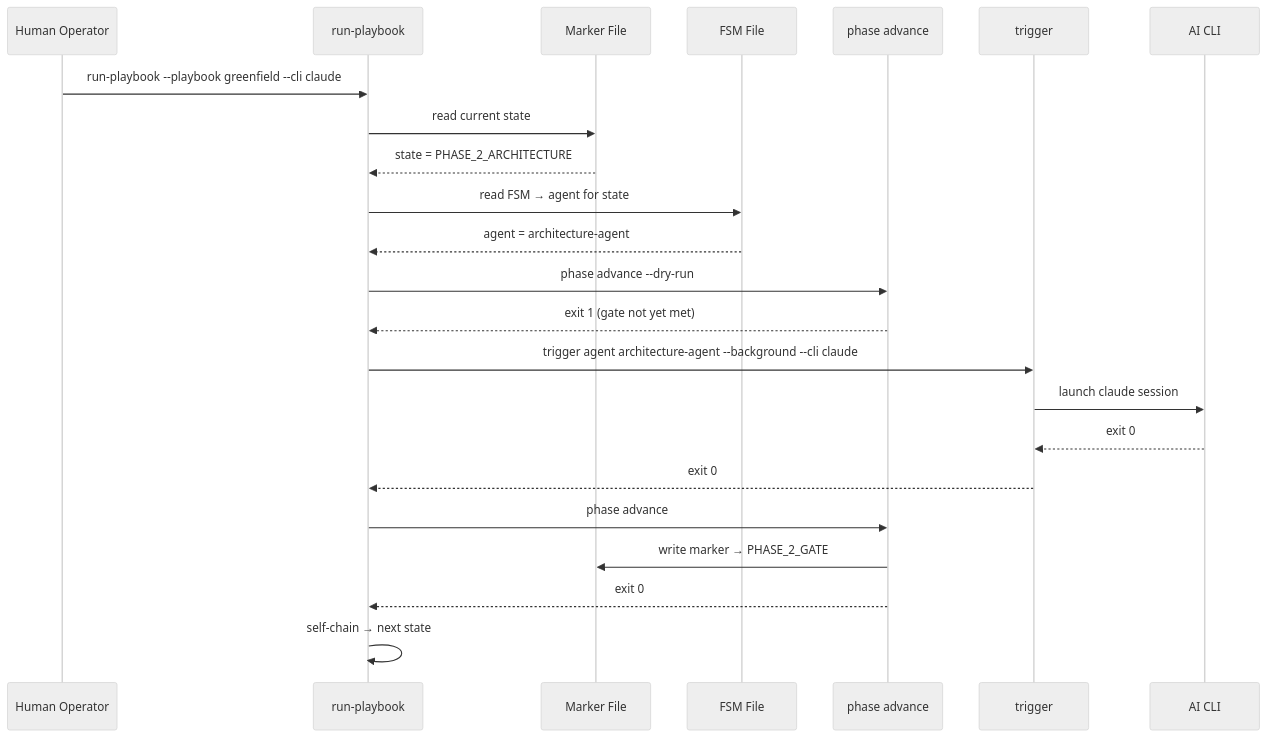
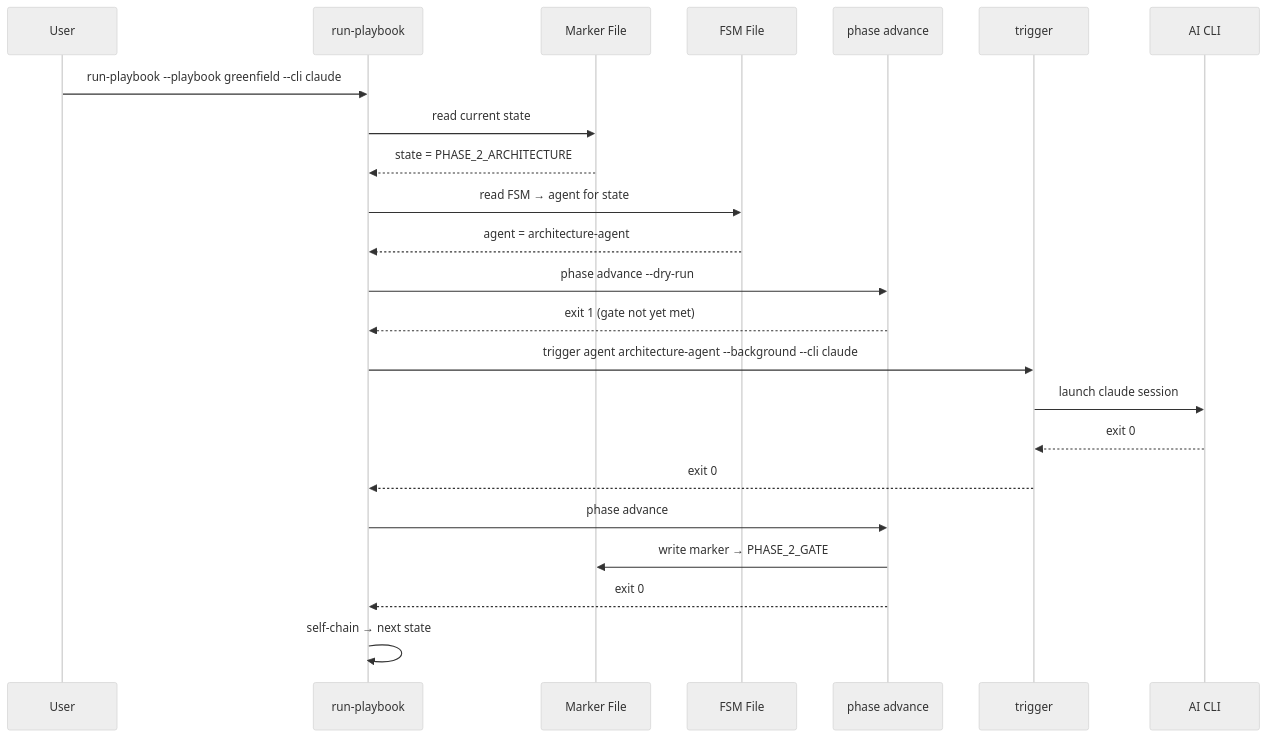
One commit to matthiasdaues/agent_factory changed the first of 4 diagrams in packages/orchestrator/docs/06_runtime_view.md. Above: the diagram before and after it, drawn with Mermaid (neutral theme). The commit also changed other lines of this file and 126 other files, not shown here.

First line of the commit message:
docs: switch "operator" wording for "user"

````diff
--- a/packages/orchestrator/docs/06_runtime_view.md
+++ b/packages/orchestrator/docs/06_runtime_view.md
@@ -5,26 +5,26 @@
 ```mermaid
 sequenceDiagram
-    participant H as Human Operator
+    participant H as User
     participant O as run-playbook
     participant M as Marker File
     participant F as FSM File
     participant PA as phase advance
     participant TR as trigger
     participant CLI as AI CLI
 
     H->>O: run-playbook --playbook greenfield --cli claude
     O->>M: read current state
     M-->>O: state = PHASE_2_ARCHITECTURE
     O->>F: read FSM → agent for state
     F-->>O: agent = architecture-agent
     O->>PA: phase advance --dry-run
     PA-->>O: exit 1 (gate not yet met)
     O->>TR: trigger agent architecture-agent --background --cli claude
     TR->>CLI: launch claude session
     CLI-->>TR: exit 0
     TR-->>O: exit 0
     O->>PA: phase advance
     PA->>M: write marker → PHASE_2_GATE
     PA-->>O: exit 0
     O->>O: self-chain → next state
 ```
````
